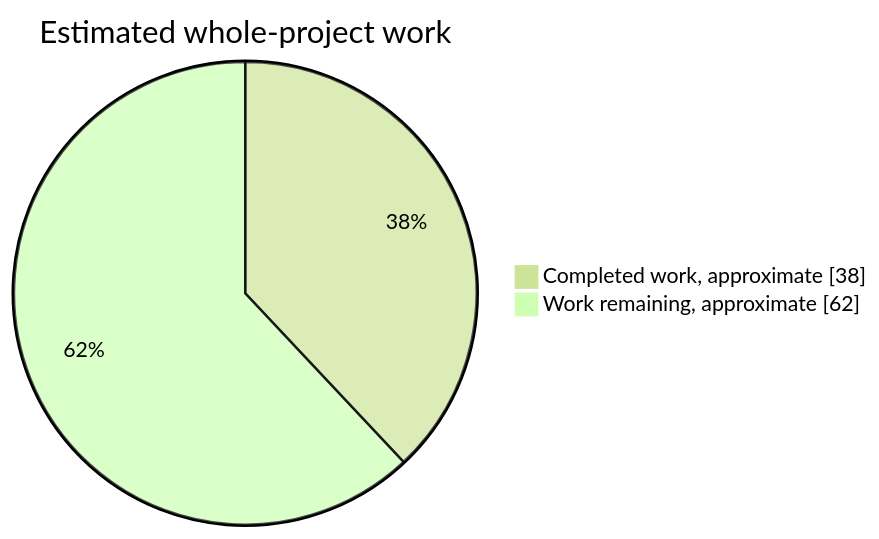
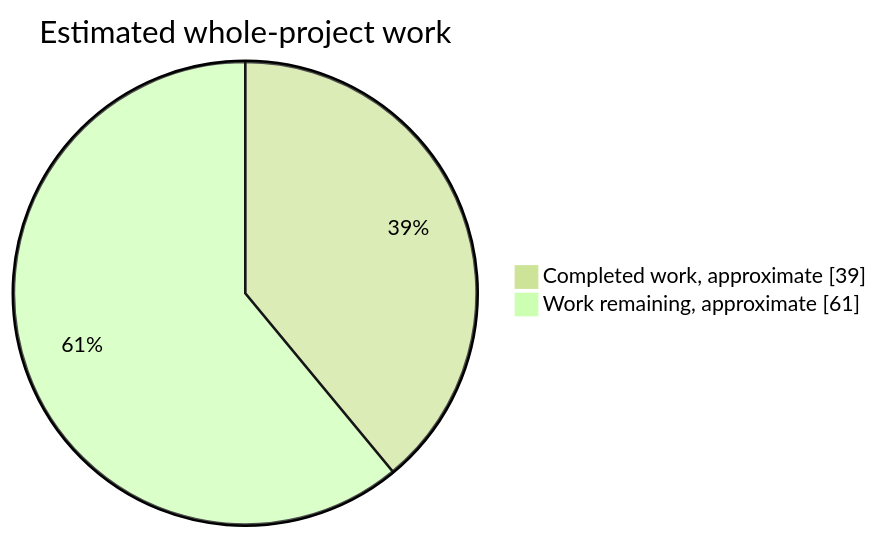
Before and after one commit to NachtRaveVL/stuntracefx: the first of 2 diagrams in readme.md, drawn with Mermaid (forest theme). The commit also changed other lines of this file and 15 other files, not shown here.

Commit message:
frontend graphics loading, title controls, record validation and menu input

````diff
--- a/readme.md
+++ b/readme.md
@@ -56,6 +56,6 @@
 ```mermaid
 pie showData
     title Estimated whole-project work
-    "Completed work, approximate" : 38
-    "Work remaining, approximate" : 62
+    "Completed work, approximate" : 39
+    "Work remaining, approximate" : 61
 ```
````
